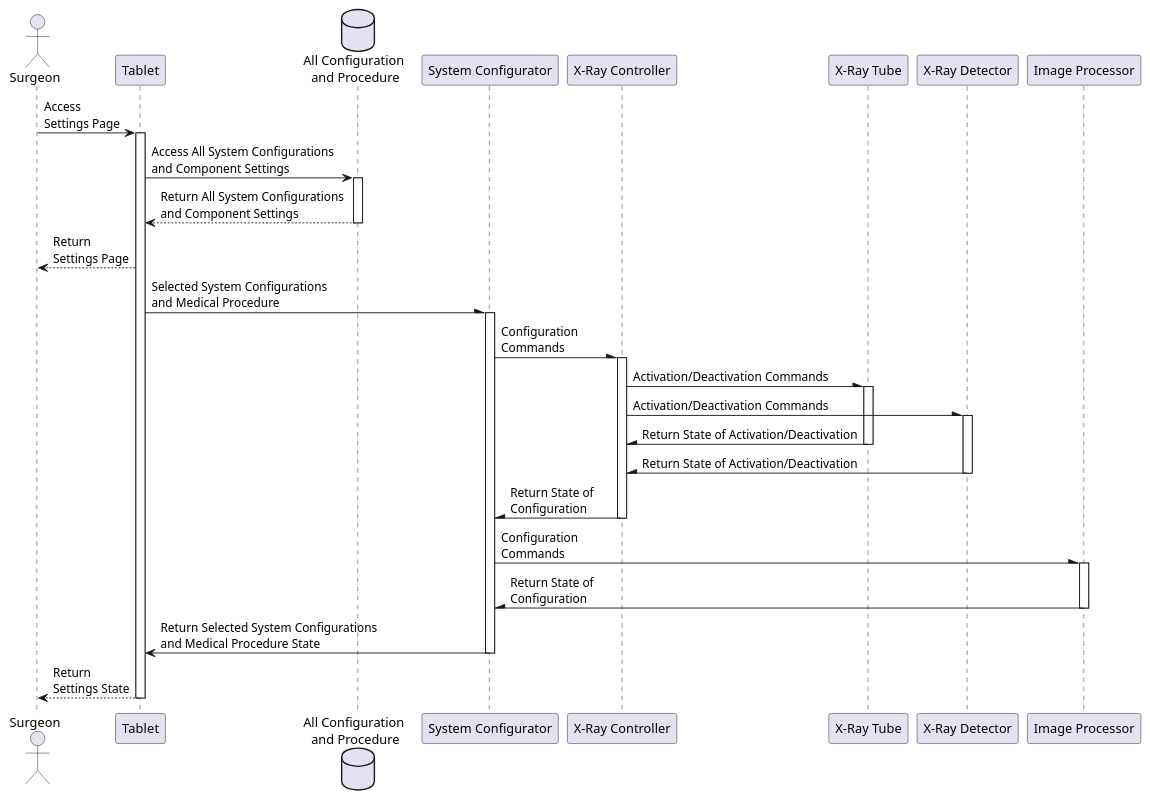
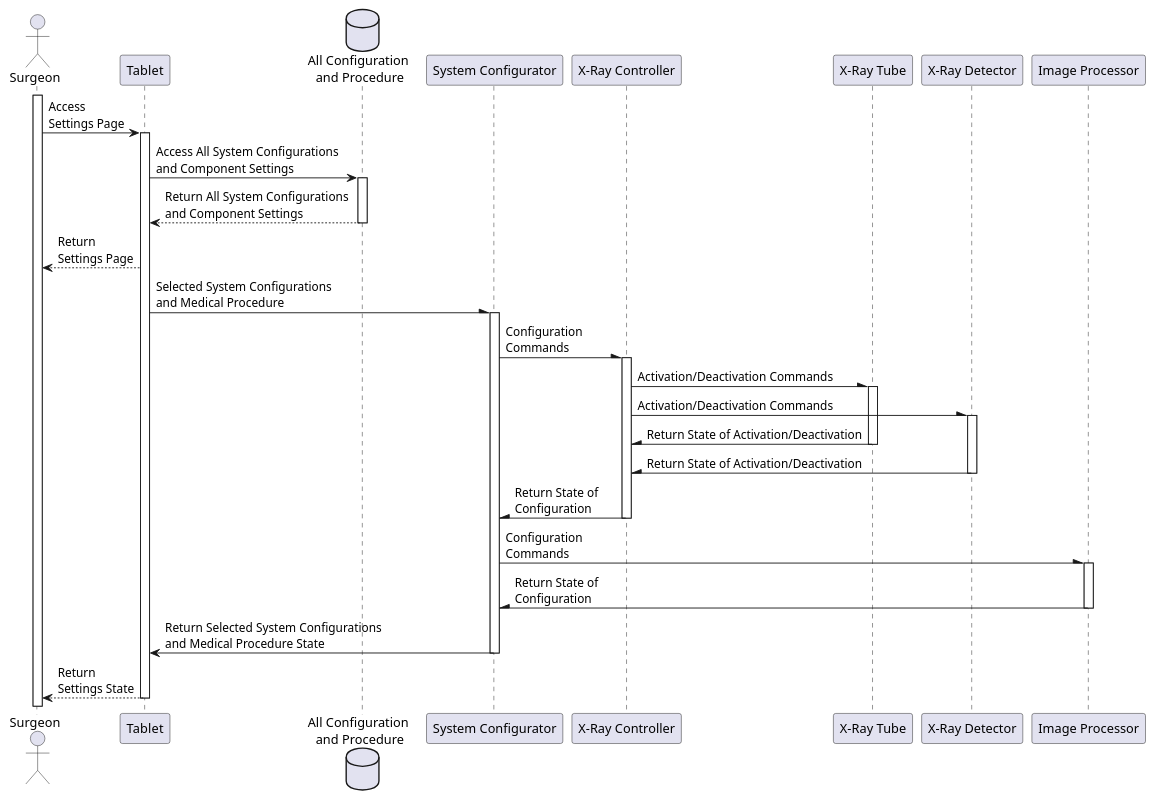
The diagram in 4-uml/sequence-config.puml (bartwc/SoftwareSystems), drawn with PlantUML before and after one commit. The commit also changed 2 other files, not shown here.

Commit message:
Done - Introduction and Modeling Decision for Sequence-Pedal-1 Diagram Done - Introduction and Modeling Decision for Sequence-Configuration Diagram Modified - Introduction and Modeling Decision for Component Diagram

```diff
--- a/4-uml/sequence-config.puml
+++ b/4-uml/sequence-config.puml
@@ -1,59 +1,60 @@
 @startuml sequence-config
 
 actor "Surgeon" as actor_surgeon
 participant "Tablet" as participant_tablet
 database "All Configuration \nand Procedure" as data_sys_config_comp_set
 
 participant "System Configurator" as participant_sys_config
 participant "X-Ray Controller" as participant_xray_control
 
 participant "X-Ray Tube" as participant_xray_tube
 participant "X-Ray Detector" as participant_xray_detector
 participant "Image Processor" as participant_image_proc
 
 ' Design Part 1 - Start from Surgeon to Database
+activate actor_surgeon
 actor_surgeon -> participant_tablet: Access \nSettings Page
 activate participant_tablet
 participant_tablet -> data_sys_config_comp_set: Access All System Configurations \nand Component Settings
 activate data_sys_config_comp_set
 participant_tablet <-- data_sys_config_comp_set: Return All System Configurations \nand Component Settings
 deactivate data_sys_config_comp_set
 actor_surgeon <-- participant_tablet: Return \nSettings Page
 ' Design Part 1 - End of Surgeon
 
 ' Design Part 2 - Start from Tablet
 participant_tablet -\ participant_sys_config: Selected System Configurations \nand Medical Procedure
 
 ' Design Part 3 - System Configurator Onwards
 activate participant_sys_config
 participant_sys_config -\ participant_xray_control: Configuration \nCommands
 activate participant_xray_control
 
 participant_xray_control -\ participant_xray_tube: Activation/Deactivation Commands
 activate participant_xray_tube
 participant_xray_control -\ participant_xray_detector: Activation/Deactivation Commands
 activate participant_xray_detector
 
 participant_xray_control /- participant_xray_tube: Return State of Activation/Deactivation
 deactivate participant_xray_tube
 participant_xray_control /- participant_xray_detector: Return State of Activation/Deactivation
 deactivate participant_xray_detector
 
 participant_sys_config /- participant_xray_control: Return State of \nConfiguration
 deactivate participant_xray_control
 
 participant_sys_config -\ participant_image_proc: Configuration \nCommands
 activate participant_image_proc
 participant_sys_config /- participant_image_proc: Return State of \nConfiguration
 deactivate participant_image_proc
 ' Design Part 3 - End of System Configurator
 
 ' Design Part 2 - End of Tablet
 participant_tablet <- participant_sys_config: Return Selected System Configurations \nand Medical Procedure State
 deactivate participant_sys_config
 
 ' Design Part 1 - End of Surgeon
 actor_surgeon <-- participant_tablet: Return \nSettings State
 deactivate participant_tablet
 
 @enduml
```
